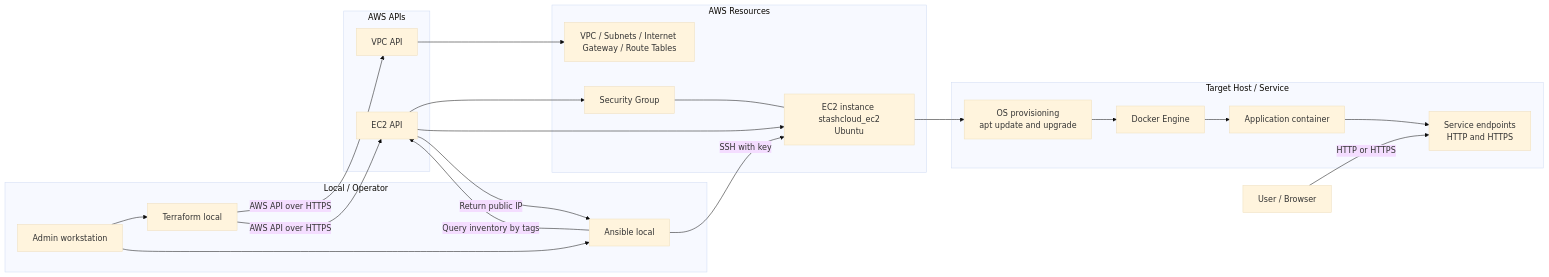
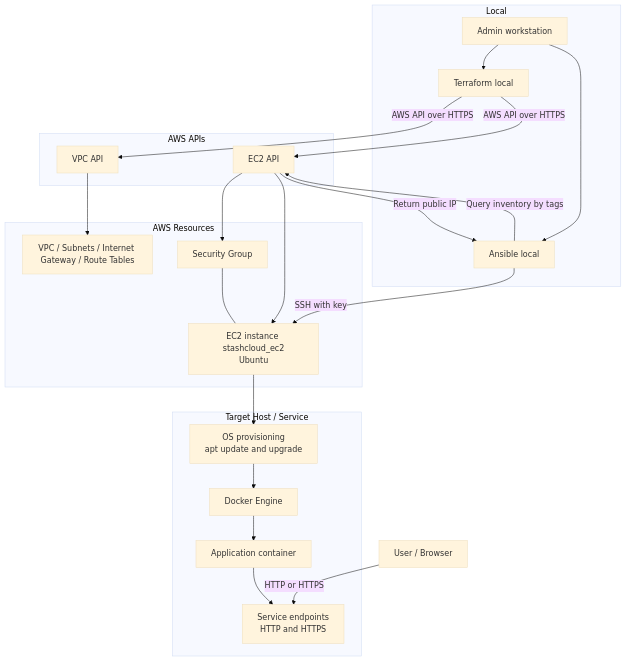
Before and after one commit to gsiegwald/stashcloud: the second of 2 diagrams in README.md, drawn with Mermaid (base theme).

````diff
--- a/README.md
+++ b/README.md
@@ -73,40 +73,41 @@
 ```mermaid
 ---
 config:
-  layout: fixed
+  layout: default
 ---
-flowchart LR
- subgraph L["Local / Operator"]
-        U["Admin workstation"]
-        TF["Terraform local"]
-        ANS["Ansible local"]
+flowchart TB
+  subgraph L["Local"]
+    U["Admin workstation"]
+    TF["Terraform local"]
+    ANS["Ansible local"]
   end
- subgraph CP["AWS APIs"]
-        VPCAPI["VPC API"]
-        EC2API["EC2 API"]
+
+  subgraph CP["AWS APIs"]
+    VPCAPI["VPC API"]
+    EC2API["EC2 API"]
   end
- subgraph DP["AWS Resources"]
-        VPC["VPC / Subnets / Internet Gateway / Route Tables"]
-        SG["Security Group"]
-        EC2["EC2 instance stashcloud_ec2\nUbuntu"]
+
+  subgraph DP["AWS Resources"]
+    VPC["VPC / Subnets / Internet Gateway / Route Tables"]
+    SG["Security Group"]
+    EC2["EC2 instance stashcloud_ec2\nUbuntu"]
   end
- subgraph APP["Target Host / Service"]
-        OS["OS provisioning\napt update and upgrade"]
-        DOCKER["Docker Engine"]
-        CT["Application container"]
-        EP["Service endpoints <br>HTTP and HTTPS"]
+
+  subgraph APP["Target Host / Service"]
+    OS["OS provisioning\napt update and upgrade"]
+    DOCKER["Docker Engine"]
+    CT["Application container"]
+    EP["Service endpoints <br>HTTP and HTTPS"]
   end
-    U --> TF & ANS
-    TF -- AWS API over HTTPS --> VPCAPI & EC2API
-    VPCAPI --> VPC
-    EC2API --> SG & EC2
-    SG --- EC2
-    ANS -- Query inventory by tags --> EC2API
-    EC2API -- Return public IP --> ANS
-    ANS -- SSH with key --> EC2
-    EC2 --> OS
-    OS --> DOCKER
-    DOCKER --> CT
-    CT --> EP
-    B["User / Browser"] -- HTTP or HTTPS --> EP
+
+  U --> TF & ANS
+  TF -- AWS API over HTTPS --> VPCAPI & EC2API
+  VPCAPI --> VPC
+  EC2API --> SG & EC2
+  SG --- EC2
+  ANS -- Query inventory by tags --> EC2API
+  EC2API -- Return public IP --> ANS
+  ANS -- SSH with key --> EC2
+  EC2 --> OS --> DOCKER --> CT --> EP
+  B["User / Browser"] -- HTTP or HTTPS --> EP
 ```
````
